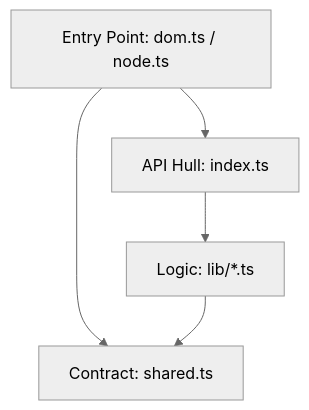
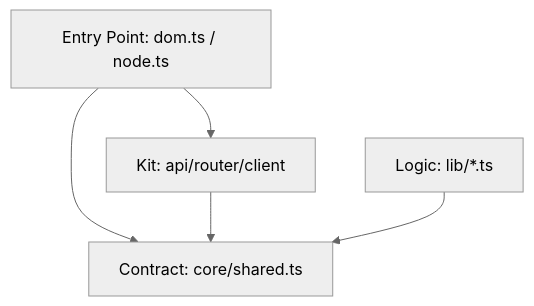
One commit to eddow/pounce changed the diagram in dual-ep-policy.md. Above: the diagram before and after it, drawn with Mermaid (neutral theme). The commit also changed other lines of this file and 114 other files, not shown here.

````diff
--- a/dual-ep-policy.md
+++ b/dual-ep-policy.md
@@ -105,7 +67,7 @@
 ```mermaid
 graph TD
-    EP[Entry Point: dom.ts / node.ts] --> S[Contract: shared.ts]
-    EP --> I[API Hull: index.ts]
-    I --> L[Logic: lib/*.ts]
-    L --> S
+    EP[Entry Point: dom.ts / node.ts] --> S[Contract: core/shared.ts]
+    EP --> K[Kit: api/router/client]
+    K --> S
+    L[Logic: lib/*.ts] --> S
 ```
````
